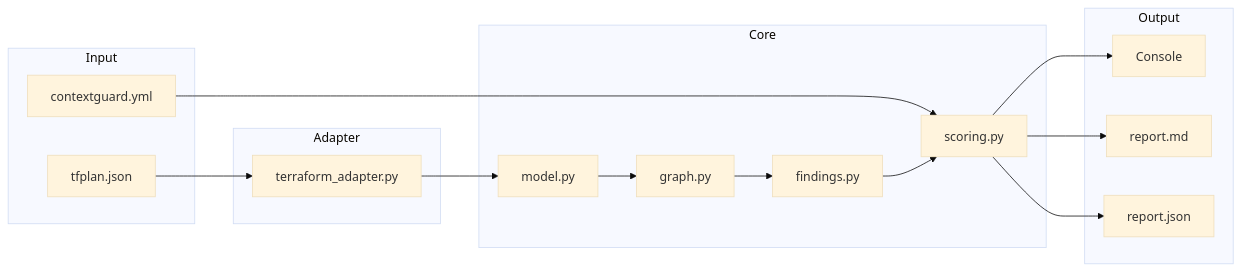
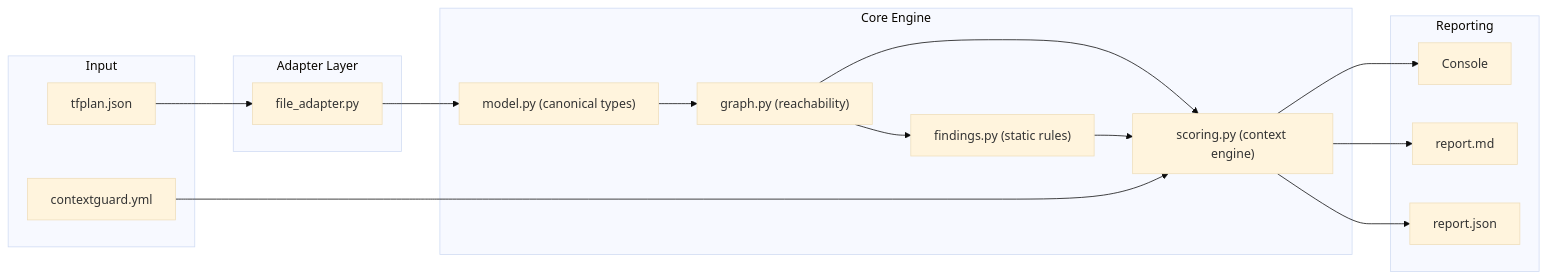
One commit to shakedarazi/ContextGuard changed the diagram in README.md. Above: the diagram before and after it, drawn with Mermaid (base theme).

Commit message:
archirect

````diff
--- a/README.md
+++ b/README.md
@@ -32,31 +32,36 @@
 ```mermaid
 flowchart LR
-  subgraph input [Input]
+subgraph input [Input]
     TF["tfplan.json"]
     CFG["contextguard.yml"]
   end
-  subgraph adapt [Adapter]
-    TA["terraform_adapter.py"]
+
+  subgraph adapt [Adapter Layer]
+    TA["file_adapter.py"]
   end
-  subgraph core [Core]
-    M["model.py"]
-    G["graph.py"]
-    F["findings.py"]
-    S["scoring.py"]
+
+  subgraph core [Core Engine]
+    M["model.py (canonical types)"]
+    G["graph.py (reachability)"]
+    F["findings.py (static rules)"]
+    S["scoring.py (context engine)"]
   end
-  subgraph out [Output]
+
+  subgraph out [Reporting]
     CON["Console"]
     MD["report.md"]
     JS["report.json"]
   end
 
   TF --> TA
   TA --> M
-  CFG --> S
   M --> G
   G --> F
+  G --> S
   F --> S
+  CFG --> S
+
   S --> CON
   S --> MD
   S --> JS
 ```
````
